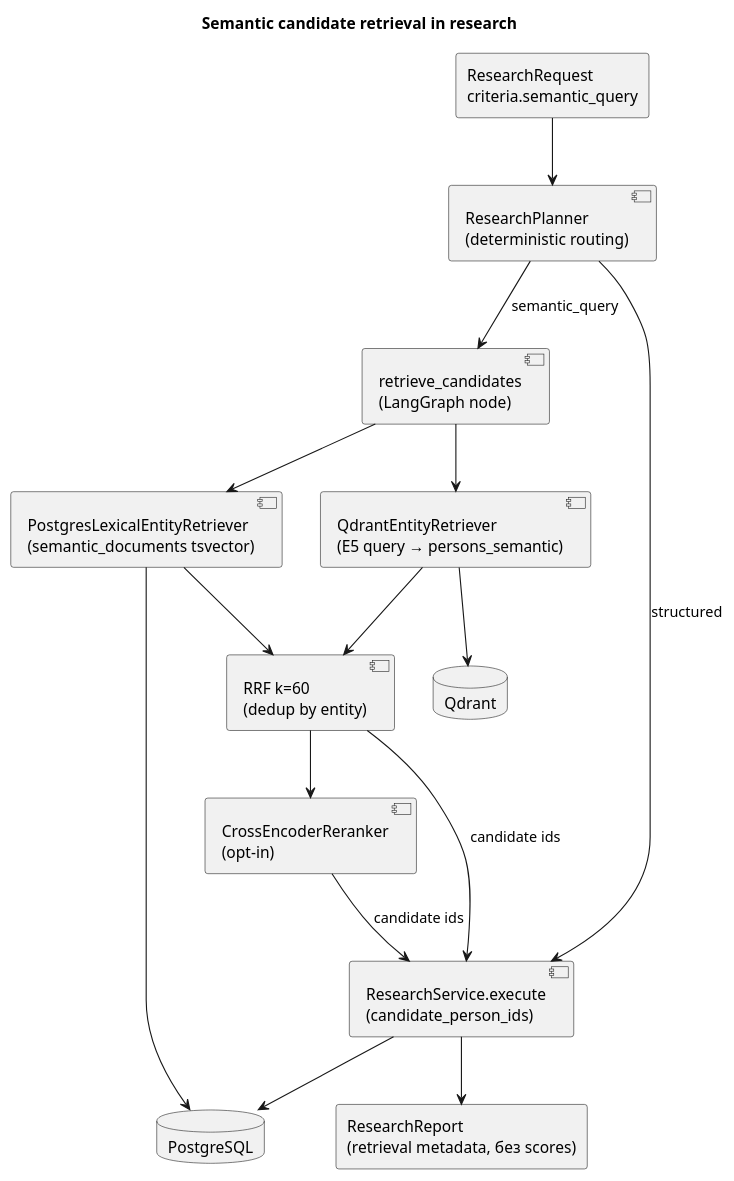
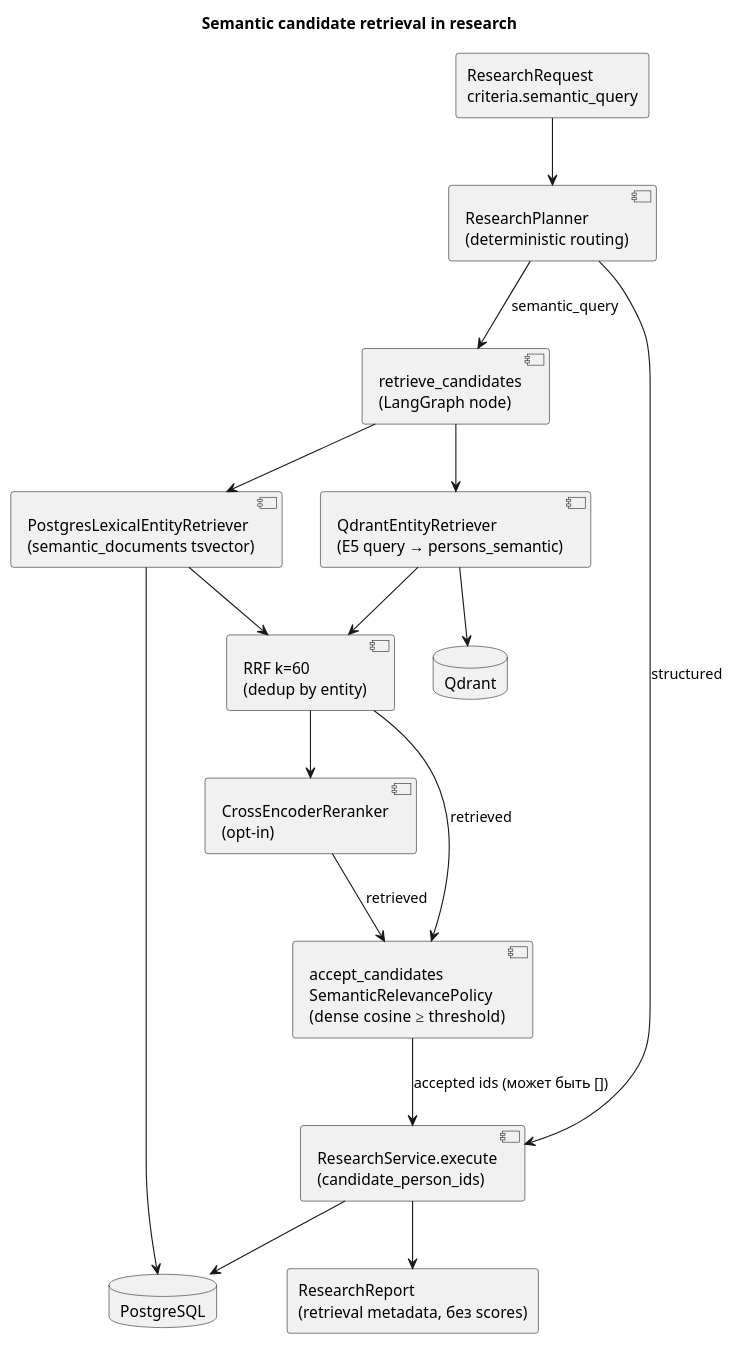
One commit to megannnn98/court-monitor changed the diagram in docs/wiki/Semantic-Retrieval.md. Above: the diagram before and after it, drawn with PlantUML. The commit also changed other lines of this file and 37 other files, not shown here.

First line of the commit message:
fix: separate semantic retrieval ranking from relevance acceptance

````diff
--- a/docs/wiki/Semantic-Retrieval.md
+++ b/docs/wiki/Semantic-Retrieval.md
@@ -5,32 +5,34 @@
 ```plantuml
 @startuml
 title Semantic candidate retrieval in research
 
 rectangle "ResearchRequest\ncriteria.semantic_query" as Req
 component "ResearchPlanner\n(deterministic routing)" as Plan
 component "retrieve_candidates\n(LangGraph node)" as Node
 component "PostgresLexicalEntityRetriever\n(semantic_documents tsvector)" as Lex
 component "QdrantEntityRetriever\n(E5 query → persons_semantic)" as Dense
 component "RRF k=60\n(dedup by entity)" as RRF
+component "accept_candidates\nSemanticRelevancePolicy\n(dense cosine ≥ threshold)" as Accept
 component "CrossEncoderReranker\n(opt-in)" as Rerank
 component "ResearchService.execute\n(candidate_person_ids)" as Service
 database "PostgreSQL" as PG
 database "Qdrant" as Q
 rectangle "ResearchReport\n(retrieval metadata, без scores)" as Report
 
 Req --> Plan
 Plan --> Node : semantic_query
 Plan --> Service : structured
 Node --> Lex
 Node --> Dense
 Lex --> PG
 Dense --> Q
 Lex --> RRF
 Dense --> RRF
 RRF --> Rerank
-RRF --> Service : candidate ids
-Rerank --> Service : candidate ids
+RRF --> Accept : retrieved
+Rerank --> Accept : retrieved
+Accept --> Service : accepted ids (может быть [])
 Service --> PG
 Service --> Report
 @enduml
 ```
````
